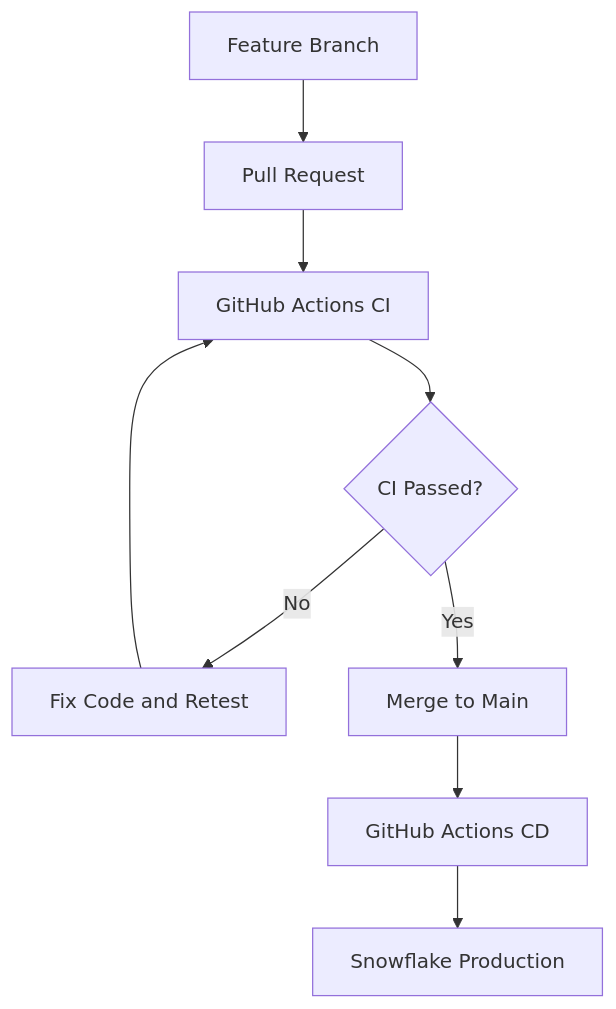
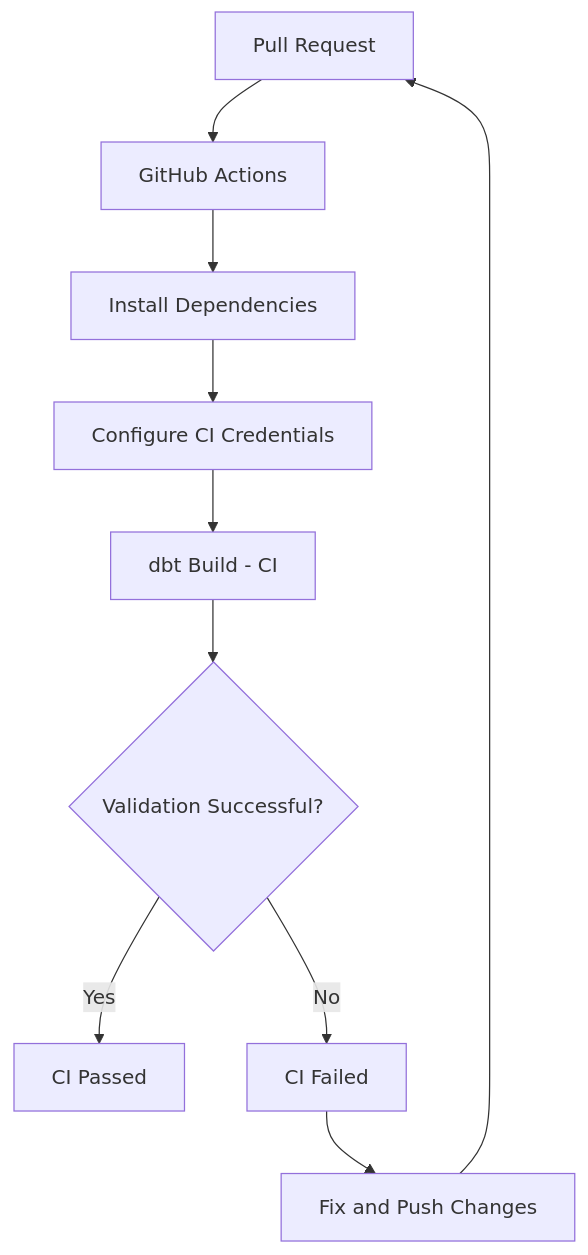
The fourth of 4 diagrams in README.md (youkeefan/travel-data-platform), drawn with Mermaid before and after one commit. The commit also changed other lines of this file and 4 other files, not shown here.

````diff
--- a/README.md
+++ b/README.md
@@ -212,11 +527,16 @@
 ```mermaid
 flowchart TD
-    A[Feature Branch] --> B[Pull Request]
-    B --> C[GitHub Actions CI]
-    C --> D{CI Passed?}
-    D -->|No| E[Fix Code and Retest]
-    E --> C
-    D -->|Yes| F[Merge to Main]
-    F --> G[GitHub Actions CD]
-    G --> H[Snowflake Production]
+    A[Pull Request]
+    B[GitHub Actions]
+    C[Install Dependencies]
+    D[Configure CI Credentials]
+    E[dbt Build - CI]
+    F{Validation Successful?}
+    G[CI Passed]
+    H[CI Failed]
+    I[Fix and Push Changes]
+
+    A --> B --> C --> D --> E --> F
+    F -->|Yes| G
+    F -->|No| H --> I --> A
 ```
````
